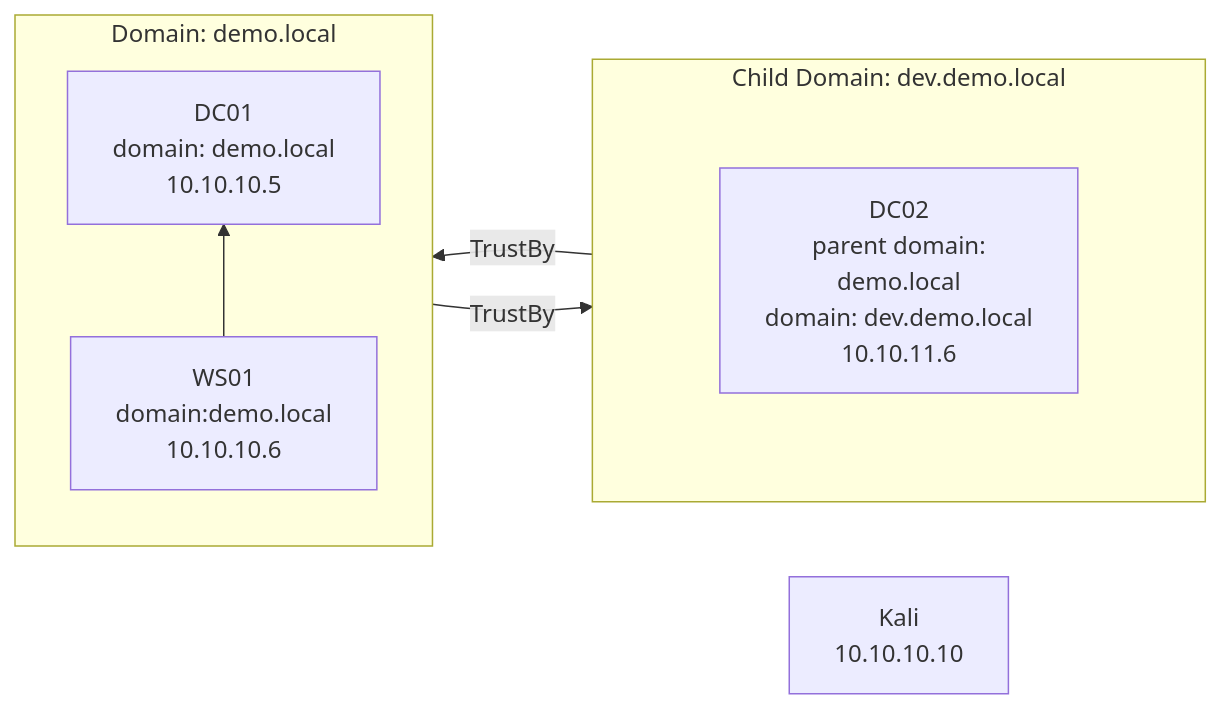
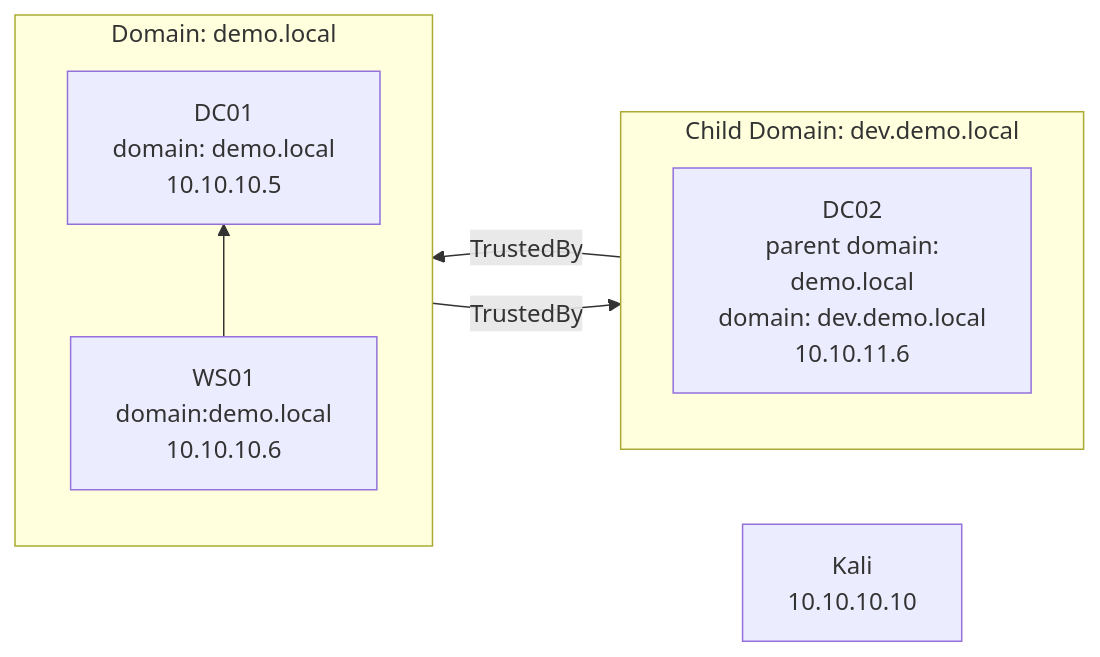
One commit to AlanFoster/ad-lab changed the diagram in README.md. Above: the diagram before and after it, drawn with Mermaid. The commit also changed other lines of this file and 3 other files, not shown here.

````diff
--- a/README.md
+++ b/README.md
@@ -15,27 +21,23 @@
 ```mermaid
 flowchart RL
     DC01[DC01\ndomain: demo.local\n10.10.10.5]
     WS01[WS01\ndomain:demo.local\n10.10.10.6]
 
     DC02[DC02\nparent domain:\n demo.local\ndomain: dev.demo.local\n10.10.11.6]
 
     Kali[Kali\n10.10.10.10]
 
-    style dev.demo.local.padding fill:transparent,stroke:transparent
-
     subgraph demo.local [Domain: demo.local]
         direction BT
 
         DC01
         WS01 --> DC01
     end
 
     subgraph dev.demo.local [Child Domain: dev.demo.local]
-        subgraph dev.demo.local.padding [ ]
-            DC02
-        end
+        DC02
     end
 
-   dev.demo.local --> |TrustBy| demo.local
-   demo.local --> |TrustBy| dev.demo.local
+   dev.demo.local --> |TrustedBy| demo.local
+   demo.local --> |TrustedBy| dev.demo.local
 ```
````
